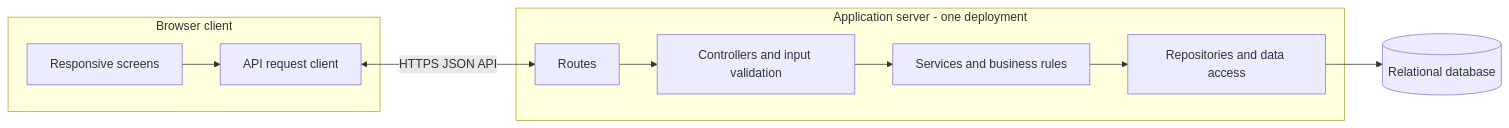
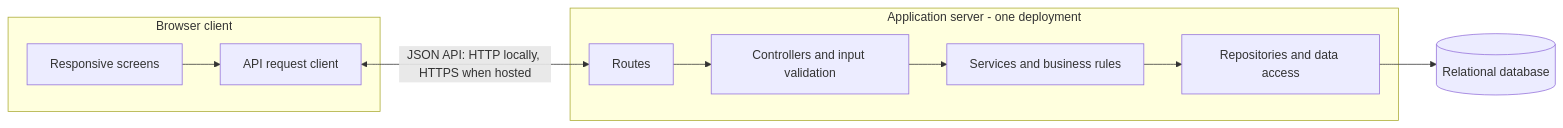
The first of 8 diagrams in docs/design.md (Software-Dev-Tools-Gr-10/cef-345-G10), drawn with Mermaid before and after one commit. The commit also changed other lines of this file and 2 other files, not shown here.

````diff
--- a/docs/design.md
+++ b/docs/design.md
@@ -22,18 +22,18 @@
 ```mermaid
 flowchart LR
   subgraph Client[Browser client]
     Screens[Responsive screens]
     APIClient[API request client]
     Screens --> APIClient
   end
   subgraph Server[Application server - one deployment]
     Routes[Routes]
     Controllers[Controllers and input validation]
     Services[Services and business rules]
     Repos[Repositories and data access]
     Routes --> Controllers --> Services --> Repos
   end
   DB[(Relational database)]
-  APIClient <-->|HTTPS JSON API| Routes
+  APIClient <-->|JSON API: HTTP locally, HTTPS when hosted| Routes
   Repos --> DB
 ```
````
